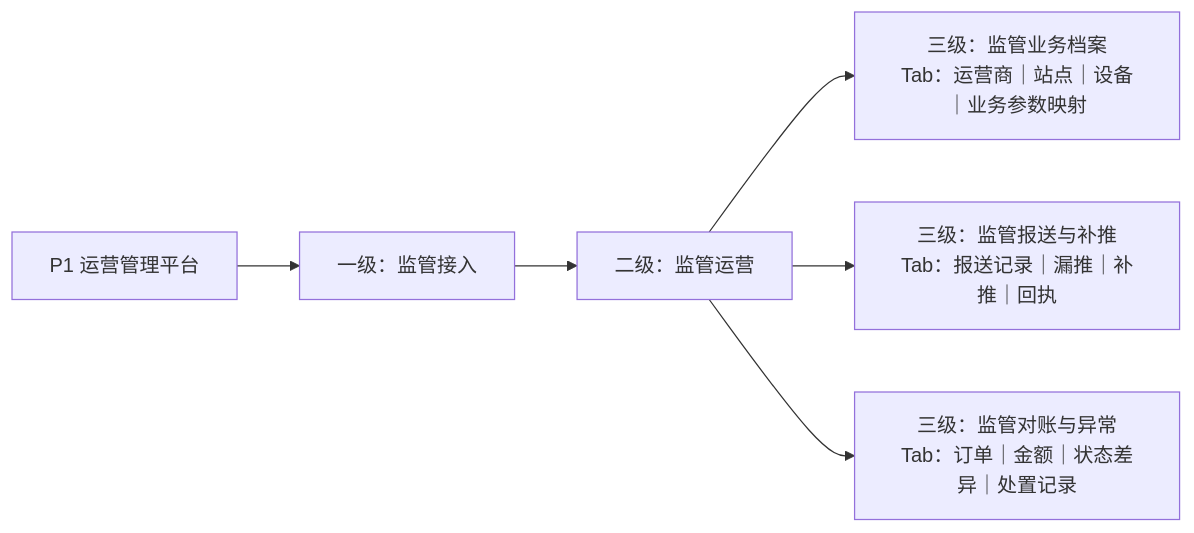
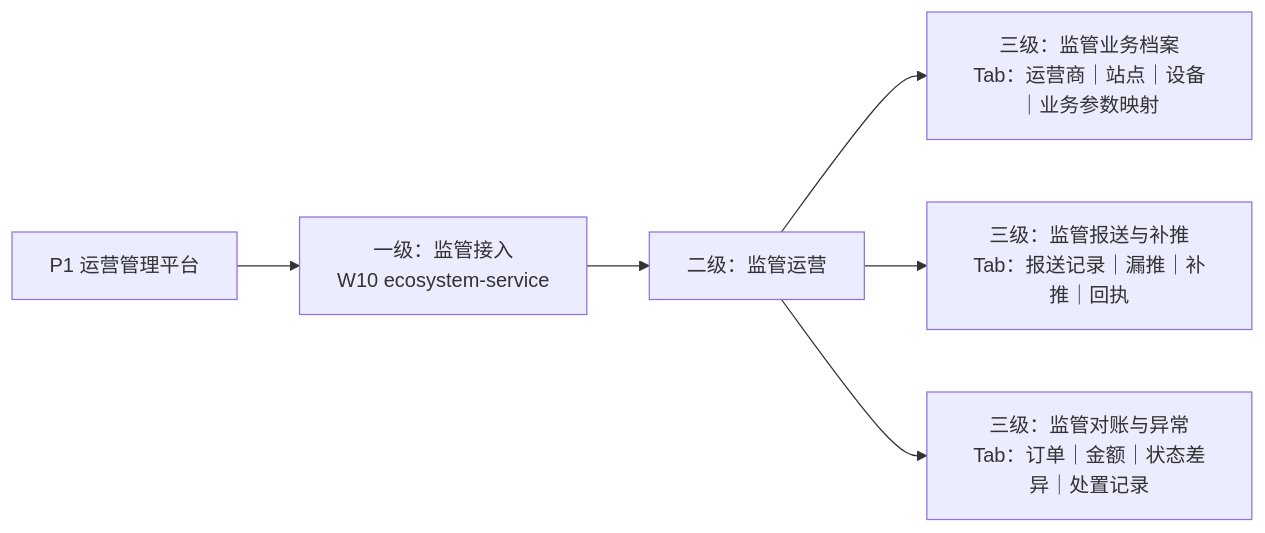
One commit to chenbinglei/charge-ai changed the tenth of 17 diagrams in ev-charging-operations/docs/requirements/七应用菜单目录架构图-v4.1.md. Above: the diagram before and after it, drawn with Mermaid. The commit also changed other lines of this file and 88 other files, not shown here.

````diff
--- a/ev-charging-operations/docs/requirements/七应用菜单目录架构图-v4.1.md
+++ b/ev-charging-operations/docs/requirements/七应用菜单目录架构图-v4.1.md
@@ -163,8 +163,8 @@
 ```mermaid
 flowchart LR
-    P1["P1 运营管理平台"] --> A["一级：监管接入"]
+    P1["P1 运营管理平台"] --> A["一级：监管接入\nW10 ecosystem-service"]
     A --> A1["二级：监管运营"]
     A1 --> A11["三级：监管业务档案\nTab：运营商｜站点｜设备｜业务参数映射"]
     A1 --> A12["三级：监管报送与补推\nTab：报送记录｜漏推｜补推｜回执"]
     A1 --> A13["三级：监管对账与异常\nTab：订单｜金额｜状态差异｜处置记录"]
 ```
````
